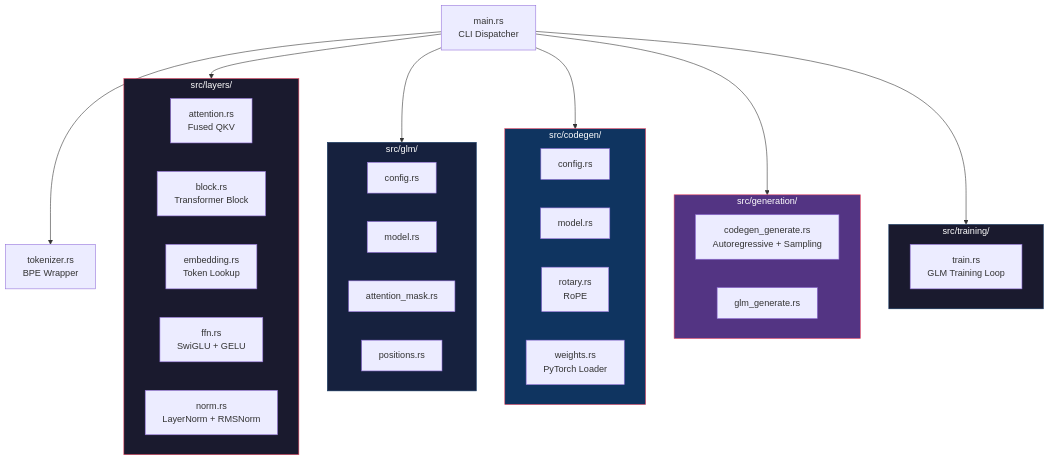
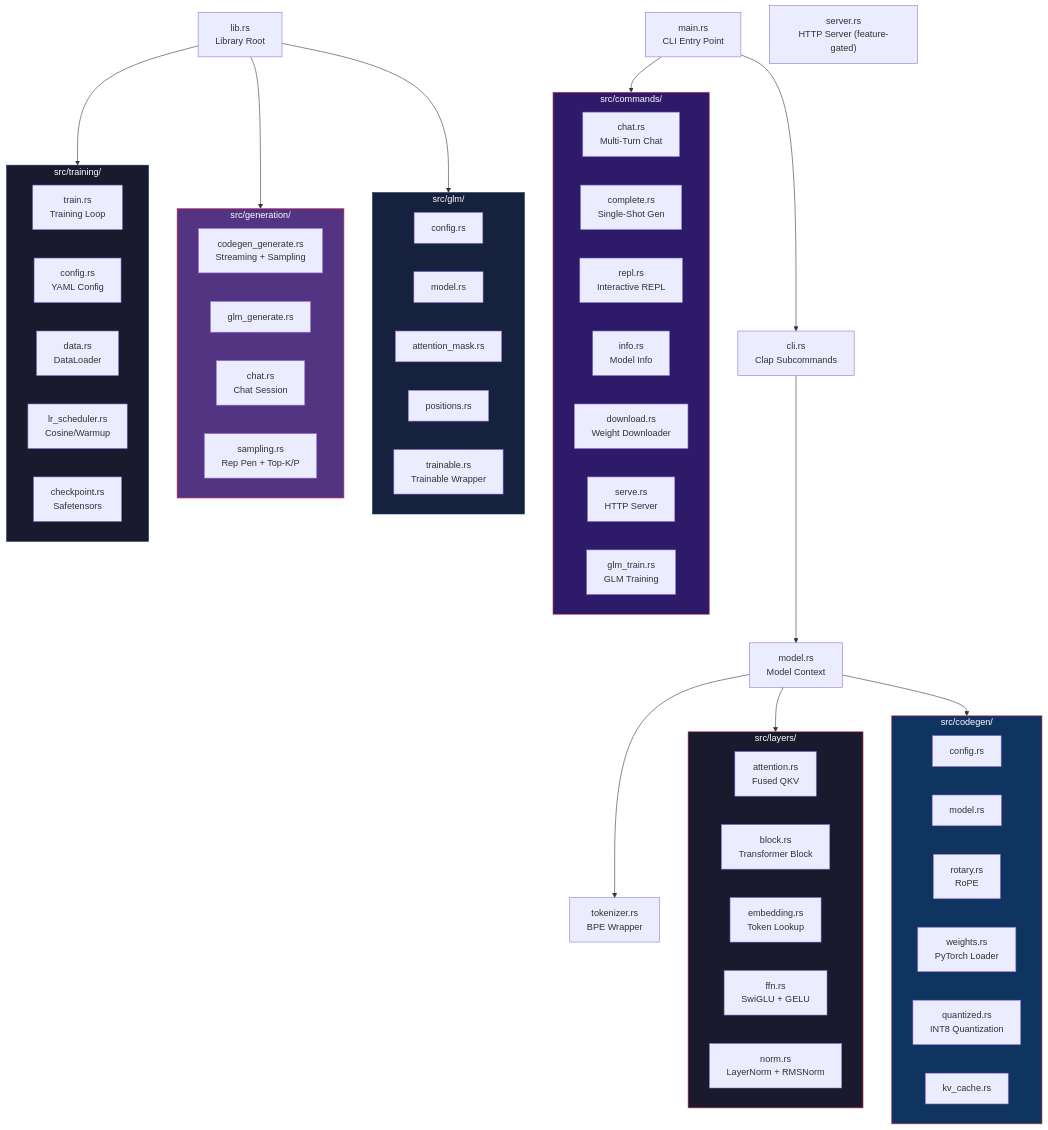
One commit to Ayyankhan101/Transformer-In-Rust changed the sixth of 6 diagrams in README.md. Above: the diagram before and after it, drawn with Mermaid. The commit also changed other lines of this file and 23 other files, not shown here.

````diff
--- a/README.md
+++ b/README.md
@@ -174,49 +174,77 @@
 ```mermaid
 graph TD
-    Main["main.rs<br/>CLI Dispatcher"]
+    Main["main.rs<br/>CLI Entry Point"]
+    Cli["cli.rs<br/>Clap Subcommands"]
+    Model["model.rs<br/>Model Context"]
     Tok["tokenizer.rs<br/>BPE Wrapper"]
+    Lib["lib.rs<br/>Library Root"]
+
+    subgraph Commands["src/commands/"]
+        Chat["chat.rs<br/>Multi-Turn Chat"]
+        Complete["complete.rs<br/>Single-Shot Gen"]
+        Repl["repl.rs<br/>Interactive REPL"]
+        Info["info.rs<br/>Model Info"]
+        Download["download.rs<br/>Weight Downloader"]
+        Serve["serve.rs<br/>HTTP Server"]
+        GlmTrain["glm_train.rs<br/>GLM Training"]
+    end
 
     subgraph Layers["src/layers/"]
         Att["attention.rs<br/>Fused QKV"]
         Blk["block.rs<br/>Transformer Block"]
         Emb["embedding.rs<br/>Token Lookup"]
         FFN["ffn.rs<br/>SwiGLU + GELU"]
         Norm["norm.rs<br/>LayerNorm + RMSNorm"]
     end
 
     subgraph GLMMod["src/glm/"]
         GC["config.rs"]
         GM["model.rs"]
         GAM["attention_mask.rs"]
         GP["positions.rs"]
+        GT["trainable.rs<br/>Trainable Wrapper"]
     end
 
     subgraph CGMod["src/codegen/"]
         CC["config.rs"]
         CM["model.rs"]
         CR["rotary.rs<br/>RoPE"]
         CW["weights.rs<br/>PyTorch Loader"]
+        CQ["quantized.rs<br/>INT8 Quantization"]
+        CK["kv_cache.rs"]
     end
 
     subgraph GenMod["src/generation/"]
-        CG["codegen_generate.rs<br/>Autoregressive + Sampling"]
+        CG["codegen_generate.rs<br/>Streaming + Sampling"]
         GGen["glm_generate.rs"]
+        ChatGen["chat.rs<br/>Chat Session"]
+        Samp["sampling.rs<br/>Rep Pen + Top-K/P"]
     end
 
     subgraph TrainMod["src/training/"]
-        TR["train.rs<br/>GLM Training Loop"]
+        TR["train.rs<br/>Training Loop"]
+        Conf["config.rs<br/>YAML Config"]
+        Data["data.rs<br/>DataLoader"]
+        LR["lr_scheduler.rs<br/>Cosine/Warmup"]
+        CP["checkpoint.rs<br/>Safetensors"]
     end
 
-    Main --> Tok
-    Main --> Layers
-    Main --> GLMMod
-    Main --> CGMod
-    Main --> GenMod
-    Main --> TrainMod
+    Server["server.rs<br/>HTTP Server (feature-gated)"]
+
+    Main --> Cli
+    Main --> Commands
+    Cli --> Model
+    Model --> Tok
+    Model --> Layers
+    Model --> CGMod
+    Lib --> GLMMod
+    Lib --> GenMod
+    Lib --> TrainMod
 
     style Layers fill:#1a1a2e,stroke:#e94560,color:#fff
     style GLMMod fill:#16213e,stroke:#0f3460,color:#fff
     style CGMod fill:#0f3460,stroke:#e94560,color:#fff
     style GenMod fill:#533483,stroke:#e94560,color:#fff
     style TrainMod fill:#1a1a2e,stroke:#0f3460,color:#fff
+    style Commands fill:#2d1b69,stroke:#e94560,color:#fff
 ```
````
